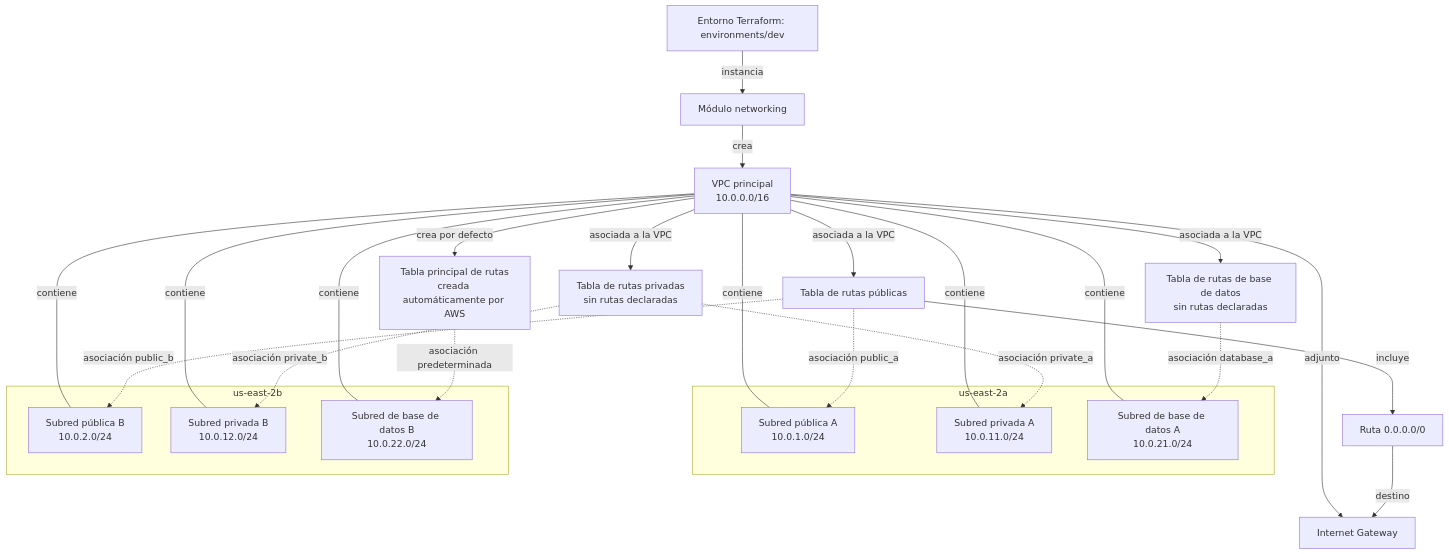
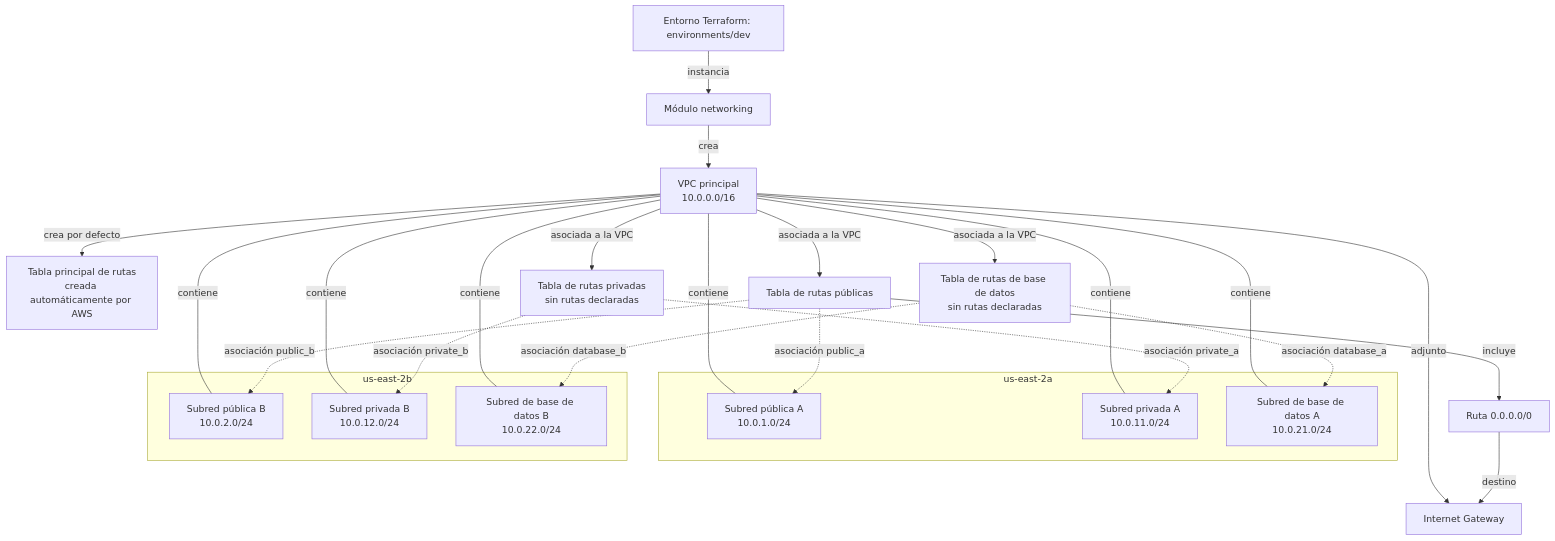
One commit to STRADIVARIUS590/AWS-Infrastructure-Platform changed the second of 2 diagrams in doc/README.md. Above: the diagram before and after it, drawn with Mermaid. The commit also changed other lines of this file and 1 other file, not shown here.

Commit message:
feat(networking): associate database subnets with database route table

````diff
--- a/doc/README.md
+++ b/doc/README.md
@@ -51,46 +51,46 @@
 ```mermaid
 flowchart TB
     Dev["Entorno Terraform: environments/dev"]
     Module["Módulo networking"]
     VPC["VPC principal<br/>10.0.0.0/16"]
     IGW["Internet Gateway"]
     MainRT["Tabla principal de rutas<br/>creada automáticamente por AWS"]
     PublicRT["Tabla de rutas públicas"]
     PrivateRT["Tabla de rutas privadas<br/>sin rutas declaradas"]
     DatabaseRT["Tabla de rutas de base de datos<br/>sin rutas declaradas"]
     DefaultRoute["Ruta 0.0.0.0/0"]
 
     subgraph AZA["us-east-2a"]
         PubA["Subred pública A<br/>10.0.1.0/24"]
         PrivA["Subred privada A<br/>10.0.11.0/24"]
         DBA["Subred de base de datos A<br/>10.0.21.0/24"]
     end
 
     subgraph AZB["us-east-2b"]
         PubB["Subred pública B<br/>10.0.2.0/24"]
         PrivB["Subred privada B<br/>10.0.12.0/24"]
         DBB["Subred de base de datos B<br/>10.0.22.0/24"]
     end
 
     Dev -->|"instancia"| Module
     Module -->|"crea"| VPC
     VPC ---|"contiene"| PubA
     VPC ---|"contiene"| PubB
     VPC ---|"contiene"| PrivA
     VPC ---|"contiene"| PrivB
     VPC ---|"contiene"| DBA
     VPC ---|"contiene"| DBB
     VPC -->|"adjunto"| IGW
     VPC -->|"crea por defecto"| MainRT
     VPC -->|"asociada a la VPC"| PublicRT
     VPC -->|"asociada a la VPC"| PrivateRT
     VPC -->|"asociada a la VPC"| DatabaseRT
-    MainRT -.->|"asociación predeterminada"| DBB
     PublicRT -->|"incluye"| DefaultRoute
     DefaultRoute -->|"destino"| IGW
     PublicRT -.->|"asociación public_a"| PubA
     PublicRT -.->|"asociación public_b"| PubB
     PrivateRT -.->|"asociación private_a"| PrivA
     PrivateRT -.->|"asociación private_b"| PrivB
     DatabaseRT -.->|"asociación database_a"| DBA
+    DatabaseRT -.->|"asociación database_b"| DBB
 ```
````
